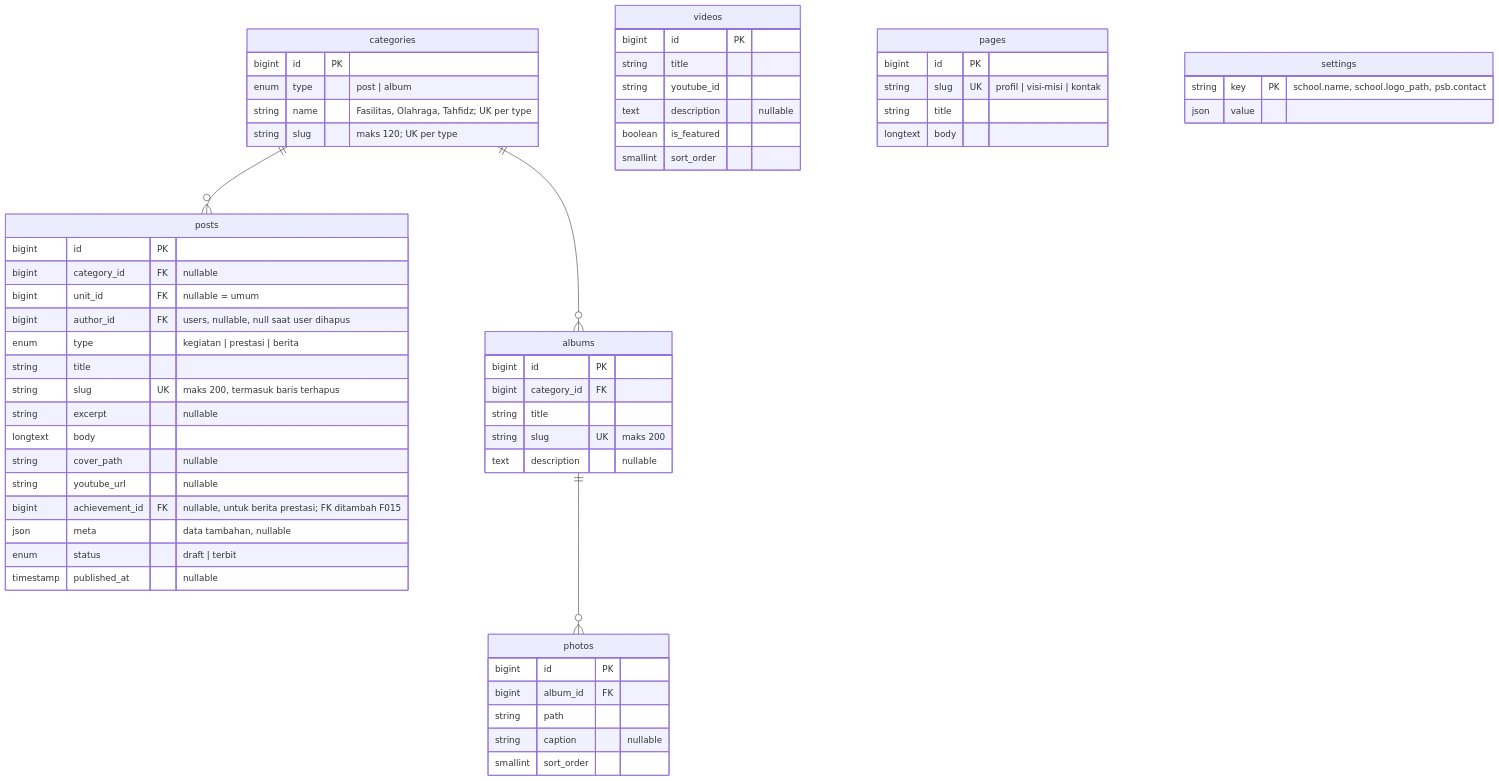
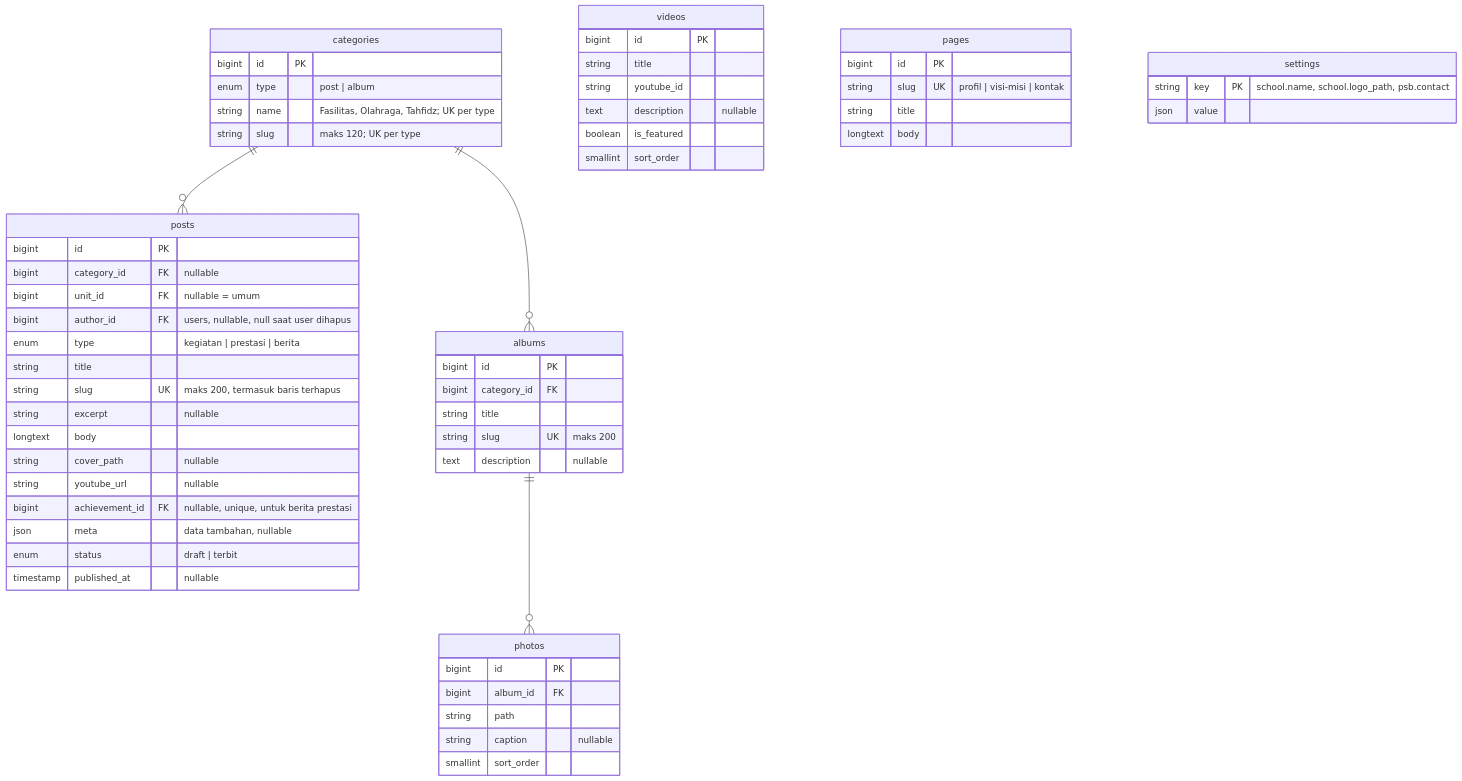
One commit to dankedev/pondok changed the tenth of 11 diagrams in docs/erd.md. Above: the diagram before and after it, drawn with Mermaid. The commit also changed other lines of this file and 15 other files, not shown here.

Commit message:
feat(prestasi): tabel prestasi individu dan beregu serta FK berita prestasi

````diff
--- a/docs/erd.md
+++ b/docs/erd.md
@@ -738,62 +741,62 @@
 ```mermaid
 erDiagram
   categories {
     bigint id PK
     enum type "post | album"
     string name "Fasilitas, Olahraga, Tahfidz; UK per type"
     string slug "maks 120; UK per type"
   }
   posts {
     bigint id PK
     bigint category_id FK "nullable"
     bigint unit_id FK "nullable = umum"
     bigint author_id FK "users, nullable, null saat user dihapus"
     enum type "kegiatan | prestasi | berita"
     string title
     string slug UK "maks 200, termasuk baris terhapus"
     string excerpt "nullable"
     longtext body
     string cover_path "nullable"
     string youtube_url "nullable"
-    bigint achievement_id FK "nullable, untuk berita prestasi; FK ditambah F015"
+    bigint achievement_id FK "nullable, unique, untuk berita prestasi"
     json meta "data tambahan, nullable"
     enum status "draft | terbit"
     timestamp published_at "nullable"
   }
   albums {
     bigint id PK
     bigint category_id FK
     string title
     string slug UK "maks 200"
     text description "nullable"
   }
   photos {
     bigint id PK
     bigint album_id FK
     string path
     string caption "nullable"
     smallint sort_order
   }
   videos {
     bigint id PK
     string title
     string youtube_id
     text description "nullable"
     boolean is_featured
     smallint sort_order
   }
   pages {
     bigint id PK
     string slug UK "profil | visi-misi | kontak"
     string title
     longtext body
   }
   settings {
     string key PK "school.name, school.logo_path, psb.contact"
     json value
   }
   categories ||--o{ posts : ""
   categories ||--o{ albums : ""
   albums ||--o{ photos : ""
   
 ```
````
